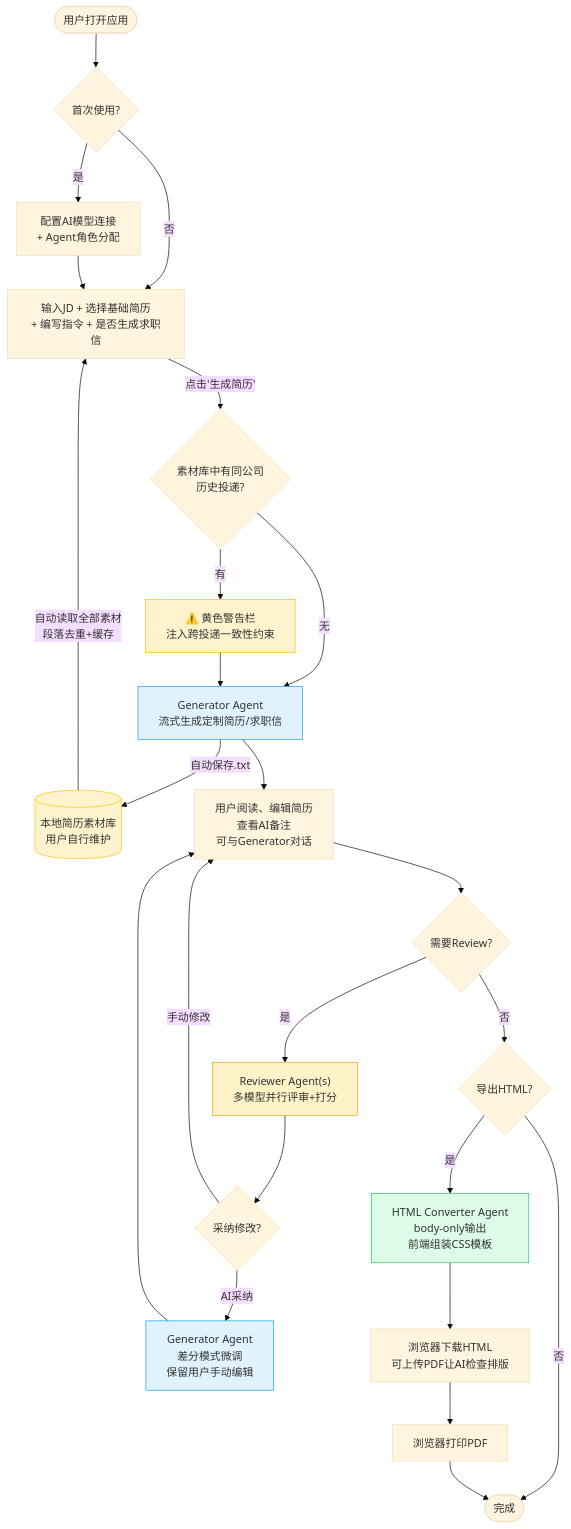
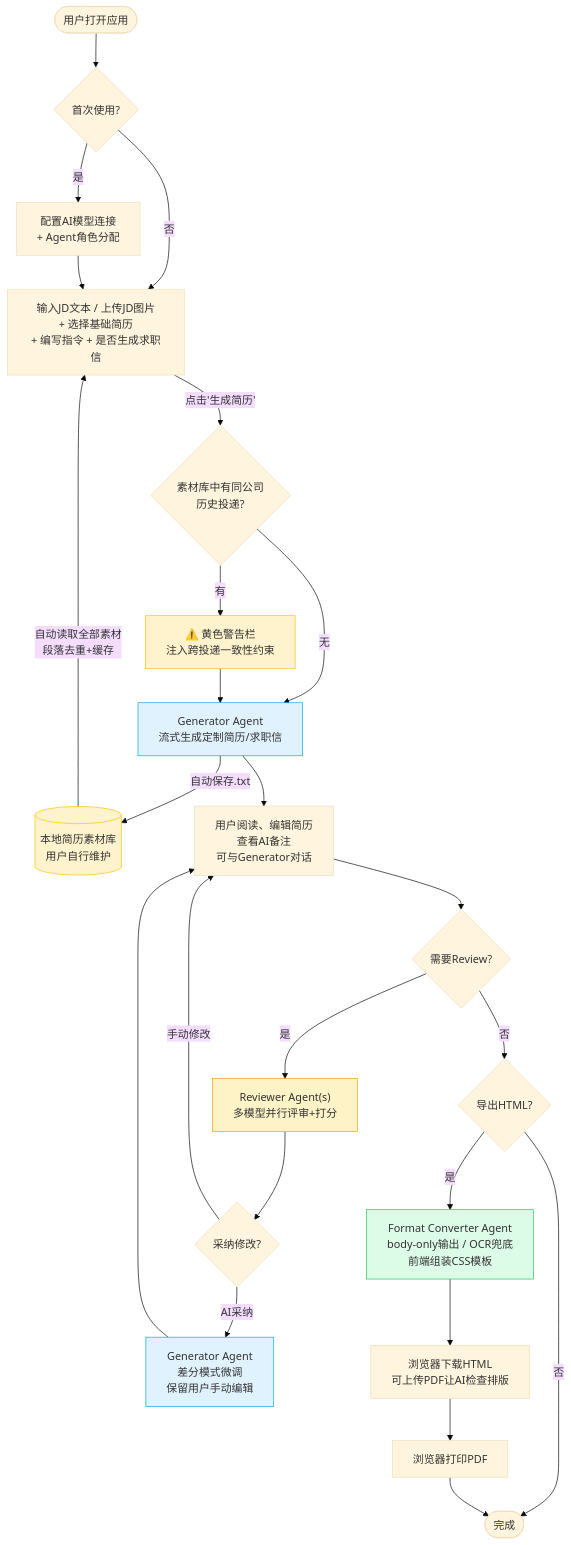
Before and after one commit to wukun2005-gif/resumeTailor: the third of 8 diagrams in README.md, drawn with Mermaid (base theme). The commit also changed other lines of this file and 11 other files, not shown here.

````diff
--- a/README.md
+++ b/README.md
@@ -284,45 +283,45 @@
 ```mermaid
 flowchart TD
     START([用户打开应用]) --> CONFIG{首次使用?}
     CONFIG -->|是| SETTINGS["配置AI模型连接<br/>+ Agent角色分配"]
     CONFIG -->|否| INPUT
     SETTINGS --> INPUT
 
     LIB[(本地简历素材库<br/>用户自行维护)] -->|自动读取全部素材<br/>段落去重+缓存| INPUT
-    INPUT["输入JD + 选择基础简历<br/>+ 编写指令 + 是否生成求职信"]
+    INPUT["输入JD文本 / 上传JD图片<br/>+ 选择基础简历<br/>+ 编写指令 + 是否生成求职信"]
     INPUT -->|点击'生成简历'| CONSIST
 
     CONSIST{"素材库中有同公司<br/>历史投递?"}
     CONSIST -->|有| WARN["⚠️ 黄色警告栏<br/>注入跨投递一致性约束"]
     CONSIST -->|无| GEN
     WARN --> GEN
 
     GEN["Generator Agent<br/>流式生成定制简历/求职信"]
     GEN -->|自动保存.txt| LIB
     GEN --> EDIT["用户阅读、编辑简历<br/>查看AI备注<br/>可与Generator对话"]
     EDIT --> REVIEW_Q{需要Review?}
 
     REVIEW_Q -->|是| REVIEW["Reviewer Agent(s)<br/>多模型并行评审+打分"]
     REVIEW_Q -->|否| HTML_Q
 
     REVIEW --> APPLY_Q{"采纳修改?"}
     APPLY_Q -->|AI采纳| APPLY["Generator Agent<br/>差分模式微调<br/>保留用户手动编辑"]
     APPLY_Q -->|手动修改| EDIT
 
     APPLY --> EDIT
 
     HTML_Q{导出HTML?}
-    HTML_Q -->|是| HTML["HTML Converter Agent<br/>body-only输出<br/>前端组装CSS模板"]
+    HTML_Q -->|是| HTML["Format Converter Agent<br/>body-only输出 / OCR兜底<br/>前端组装CSS模板"]
     HTML_Q -->|否| DONE
 
     HTML --> DOWNLOAD["浏览器下载HTML<br/>可上传PDF让AI检查排版"]
     DOWNLOAD --> PDF["浏览器打印PDF"]
     PDF --> DONE([完成])
 
     style LIB fill:#fff3cd,stroke:#ffc107
     style WARN fill:#fff3cd,stroke:#ffc107
     style GEN fill:#e0f2fe,stroke:#0ea5e9
     style REVIEW fill:#fef3c7,stroke:#f59e0b
     style APPLY fill:#e0f2fe,stroke:#0ea5e9
     style HTML fill:#dcfce7,stroke:#22c55e
 ```
````
